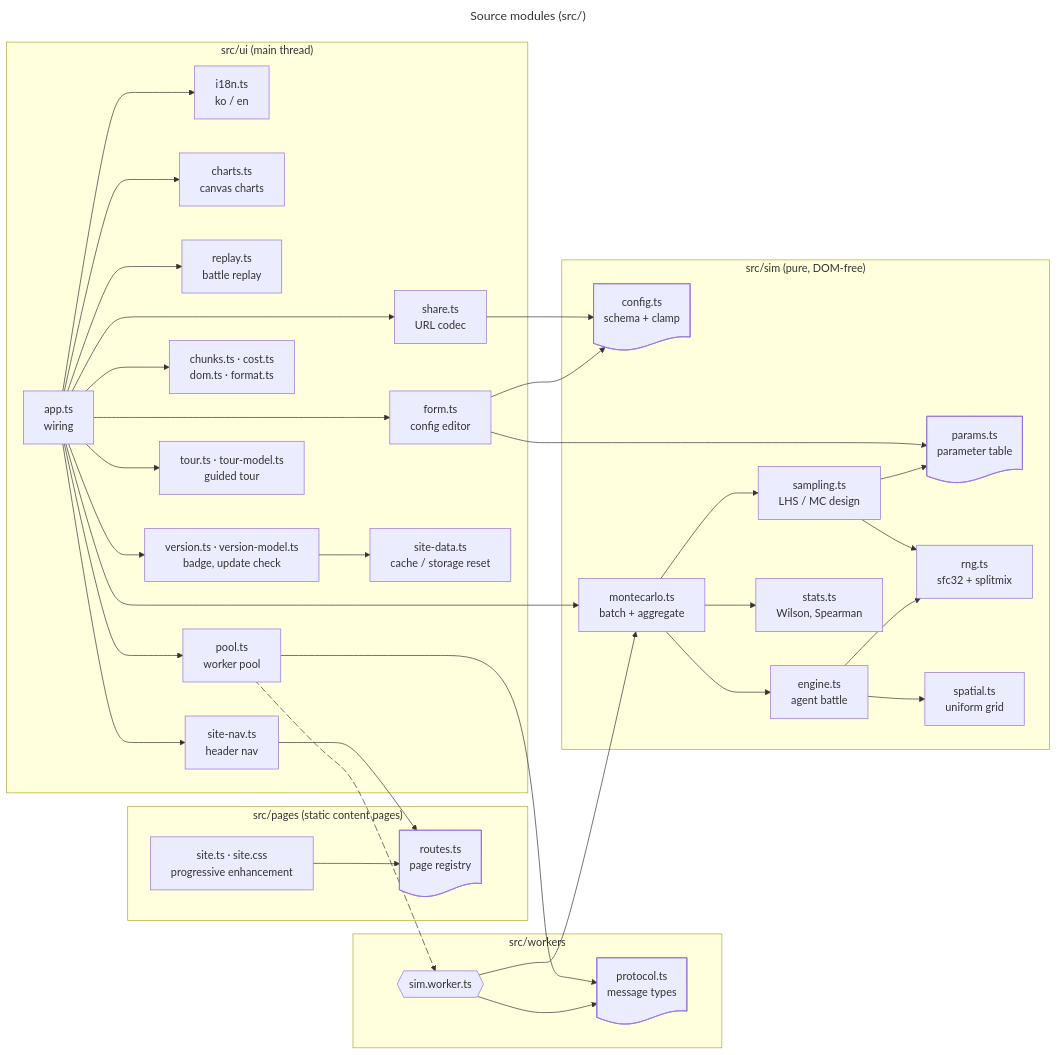
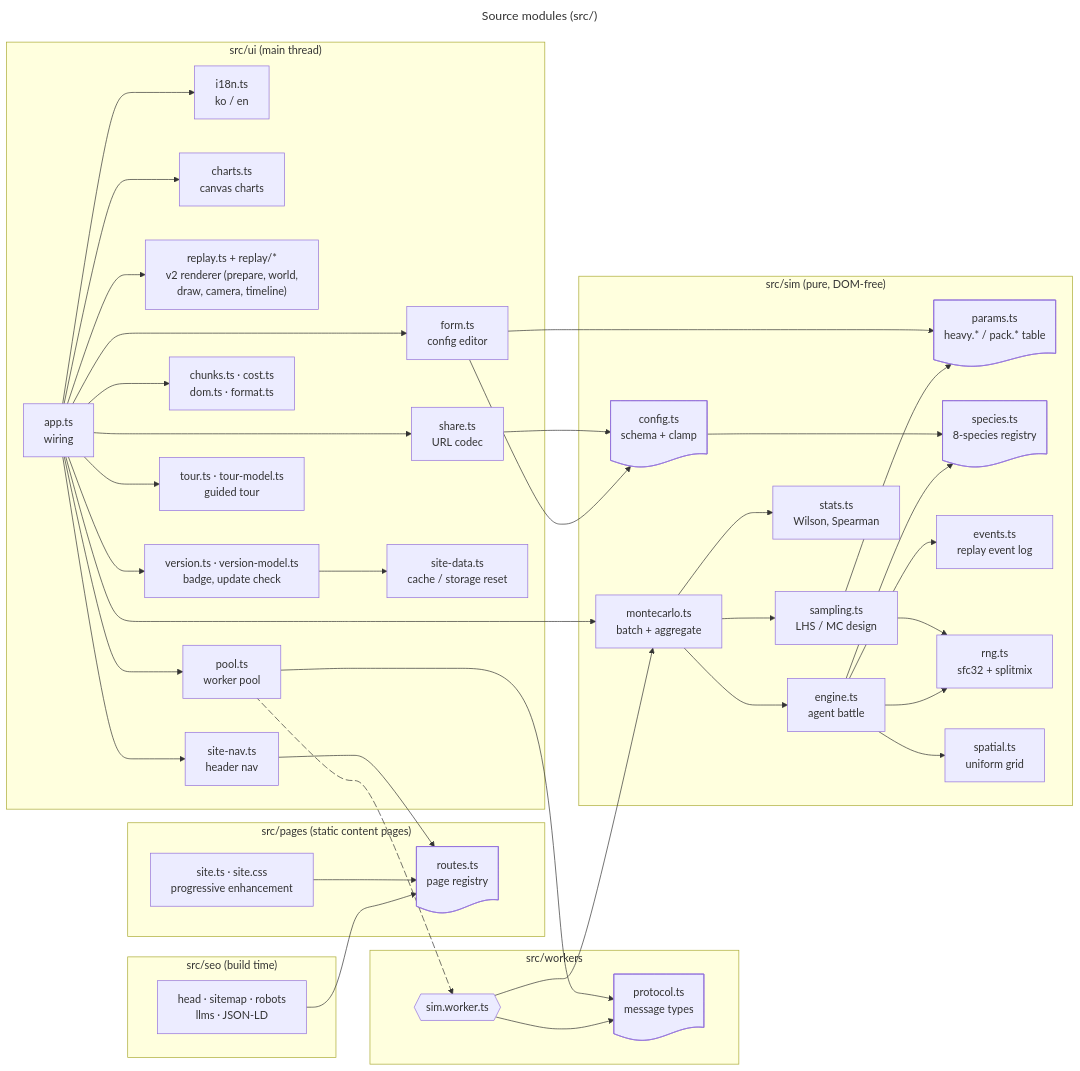
The second of 6 diagrams in ARCHITECTURE.md (VinylStage/trex_vs_tiger_sim), drawn with Mermaid before and after one commit. The commit also changed other lines of this file and 3 other files, not shown here.

First line of the commit message:
docs: record site shell, replay v2 and species roster in the standard docs (#46)

````diff
--- a/ARCHITECTURE.md
+++ b/ARCHITECTURE.md
@@ -42,56 +42,63 @@
 ```mermaid
 ---
 title: Source modules (src/)
 config:
   flowchart:
     curve: basis
 ---
 flowchart LR
     subgraph UI["src/ui (main thread)"]
         app@{ shape: rect, label: "app.ts<br/>wiring" }
         form@{ shape: rect, label: "form.ts<br/>config editor" }
         share@{ shape: rect, label: "share.ts<br/>URL codec" }
         i18n@{ shape: rect, label: "i18n.ts<br/>ko / en" }
         charts@{ shape: rect, label: "charts.ts<br/>canvas charts" }
-        replay@{ shape: rect, label: "replay.ts<br/>battle replay" }
+        replay@{ shape: rect, label: "replay.ts + replay/*<br/>v2 renderer (prepare, world,<br/>draw, camera, timeline)" }
         pool@{ shape: rect, label: "pool.ts<br/>worker pool" }
         helpers@{ shape: rect, label: "chunks.ts · cost.ts<br/>dom.ts · format.ts" }
         nav@{ shape: rect, label: "site-nav.ts<br/>header nav" }
         tour@{ shape: rect, label: "tour.ts · tour-model.ts<br/>guided tour" }
         version@{ shape: rect, label: "version.ts · version-model.ts<br/>badge, update check" }
         sitedata@{ shape: rect, label: "site-data.ts<br/>cache / storage reset" }
+    end
+    subgraph SEO["src/seo (build time)"]
+        seo@{ shape: rect, label: "head · sitemap · robots<br/>llms · JSON-LD" }
     end
     subgraph PAGES["src/pages (static content pages)"]
         site@{ shape: rect, label: "site.ts · site.css<br/>progressive enhancement" }
         routes@{ shape: doc, label: "routes.ts<br/>page registry" }
     end
     subgraph W["src/workers"]
         worker@{ shape: hex, label: "sim.worker.ts" }
         protocol@{ shape: doc, label: "protocol.ts<br/>message types" }
     end
     subgraph SIM["src/sim (pure, DOM-free)"]
         config@{ shape: doc, label: "config.ts<br/>schema + clamp" }
-        params@{ shape: doc, label: "params.ts<br/>parameter table" }
+        params@{ shape: doc, label: "params.ts<br/>heavy.* / pack.* table" }
+        species@{ shape: doc, label: "species.ts<br/>8-species registry" }
+        events@{ shape: rect, label: "events.ts<br/>replay event log" }
         rng@{ shape: rect, label: "rng.ts<br/>sfc32 + splitmix" }
         sampling@{ shape: rect, label: "sampling.ts<br/>LHS / MC design" }
         engine@{ shape: rect, label: "engine.ts<br/>agent battle" }
         spatial@{ shape: rect, label: "spatial.ts<br/>uniform grid" }
         mc@{ shape: rect, label: "montecarlo.ts<br/>batch + aggregate" }
         stats@{ shape: rect, label: "stats.ts<br/>Wilson, Spearman" }
     end
     app --> form & charts & replay & pool & share & i18n
     app --> nav & tour & version
     version --> sitedata
     nav & site --> routes
     share --> config
     form --> config & params
     pool e1@--> worker
     app --> helpers
     pool & worker --> protocol
     worker --> mc
     app --> mc
     mc --> sampling & engine & stats
     sampling --> rng & params
-    engine --> spatial & rng
+    engine --> spatial & rng & events
+    config & engine --> species
+    seo --> routes
     e1@{ animate: true }
 ```
````
